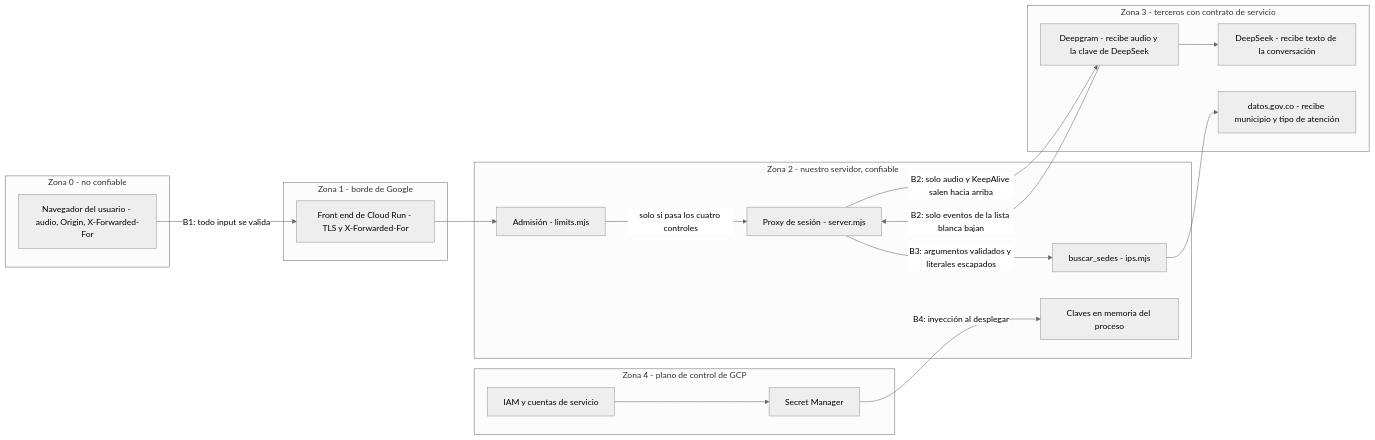
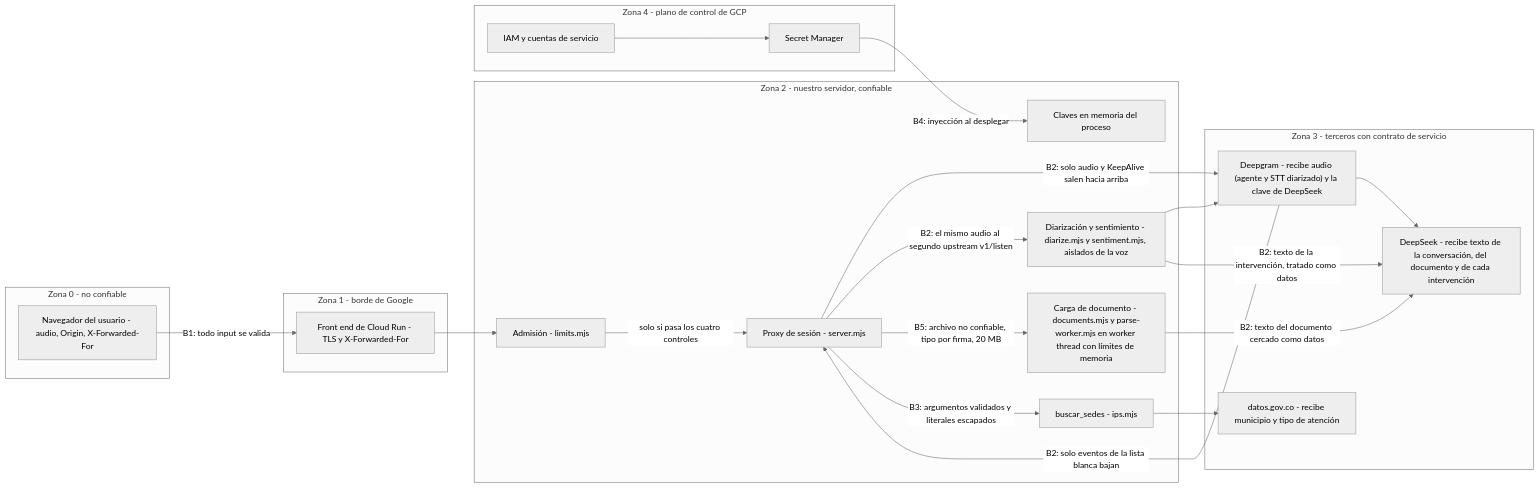
One commit to JacoboJaramillo/Hackathon changed the fourth of 5 diagrams in docs/ARCHITECTURE.md. Above: the diagram before and after it, drawn with Mermaid (neutral theme). The commit also changed other lines of this file and 15 other files, not shown here.

````diff
--- a/docs/ARCHITECTURE.md
+++ b/docs/ARCHITECTURE.md
@@ -165,39 +205,46 @@
 ```mermaid
 flowchart LR
   subgraph z0["Zona 0 - no confiable"]
     nav["Navegador del usuario - audio, Origin, X-Forwarded-For"]
   end
 
   subgraph z1["Zona 1 - borde de Google"]
     gfe["Front end de Cloud Run - TLS y X-Forwarded-For"]
   end
 
   subgraph z2["Zona 2 - nuestro servidor, confiable"]
     adm["Admisión - limits.mjs"]
     proxy["Proxy de sesión - server.mjs"]
     tool["buscar_sedes - ips.mjs"]
+    docs["Carga de documento - documents.mjs y parse-worker.mjs en worker thread con límites de memoria"]
+    side["Diarización y sentimiento - diarize.mjs y sentiment.mjs, aislados de la voz"]
     env["Claves en memoria del proceso"]
   end
 
   subgraph z3["Zona 3 - terceros con contrato de servicio"]
-    dg["Deepgram - recibe audio y la clave de DeepSeek"]
-    ds["DeepSeek - recibe texto de la conversación"]
+    dg["Deepgram - recibe audio (agente y STT diarizado) y la clave de DeepSeek"]
+    ds["DeepSeek - recibe texto de la conversación, del documento y de cada intervención"]
     dt["datos.gov.co - recibe municipio y tipo de atención"]
   end
 
   subgraph z4["Zona 4 - plano de control de GCP"]
     sm["Secret Manager"]
     iam["IAM y cuentas de servicio"]
   end
 
   nav -- "B1: todo input se valida" --> gfe
   gfe --> adm
   adm -- "solo si pasa los cuatro controles" --> proxy
   proxy -- "B2: solo audio y KeepAlive salen hacia arriba" --> dg
   dg -- "B2: solo eventos de la lista blanca bajan" --> proxy
   dg --> ds
+  proxy -- "B2: el mismo audio al segundo upstream v1/listen" --> side
+  side --> dg
+  side -- "B2: texto de la intervención, tratado como datos" --> ds
+  proxy -- "B5: archivo no confiable, tipo por firma, 20 MB" --> docs
+  docs -- "B2: texto del documento cercado como datos" --> ds
   proxy -- "B3: argumentos validados y literales escapados" --> tool
   tool --> dt
   sm -- "B4: inyección al desplegar" --> env
   iam --> sm
 ```
````
